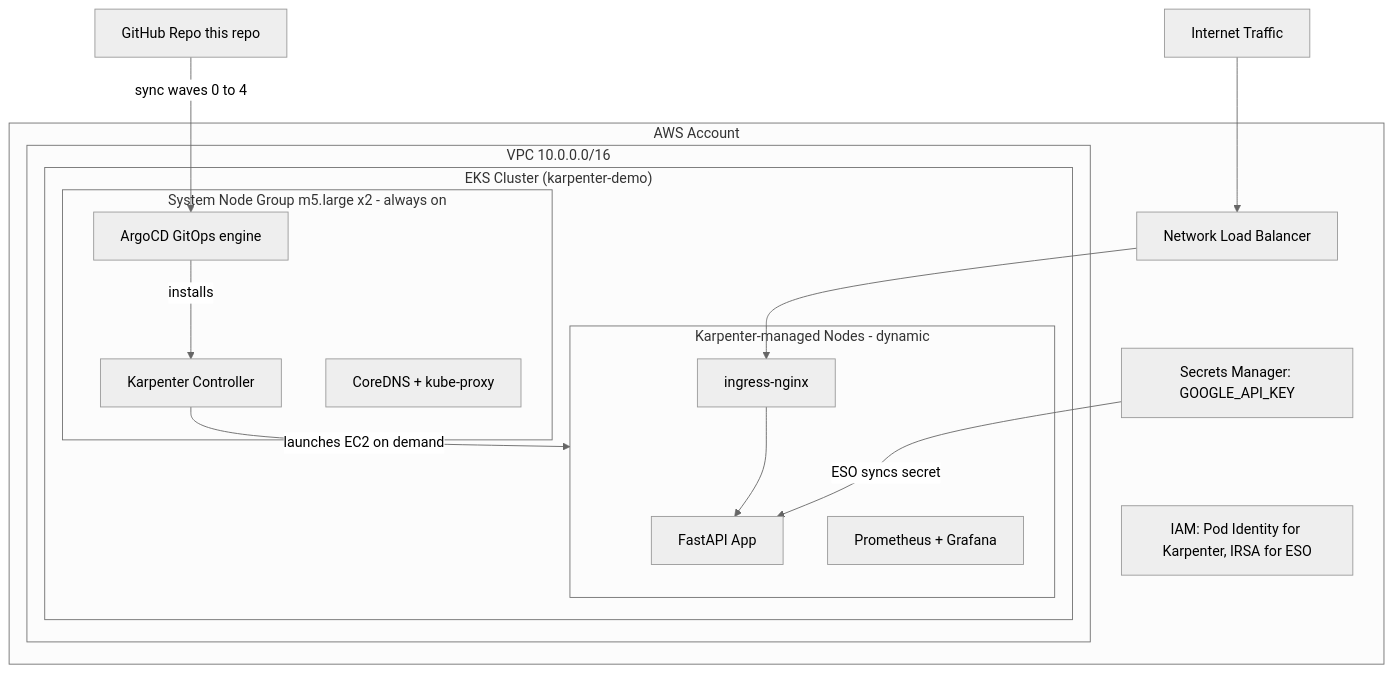
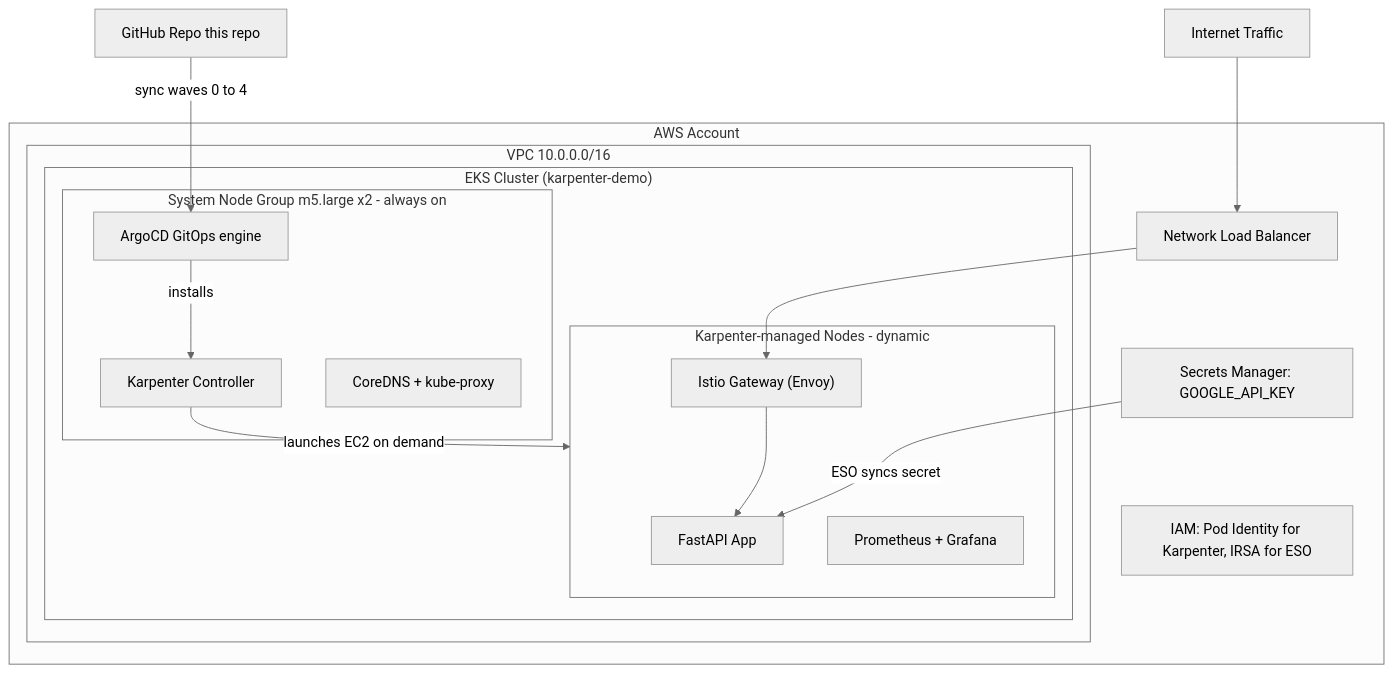
Before and after one commit to selvakumarperumal/karpenter_simple_example: the first of 2 diagrams in README.md, drawn with Mermaid (neutral theme). The commit also changed other lines of this file and 37 other files, not shown here.

````diff
--- a/README.md
+++ b/README.md
@@ -9,29 +9,29 @@
 ```mermaid
 graph TD
     subgraph AWS["AWS Account"]
         subgraph VPC["VPC 10.0.0.0/16"]
             subgraph EKS["EKS Cluster (karpenter-demo)"]
                 subgraph SYS["System Node Group m5.large x2 - always on"]
                     ARGOCD["ArgoCD GitOps engine"]
                     KARP["Karpenter Controller"]
                     COREDNS["CoreDNS + kube-proxy"]
                 end
                 subgraph APP["Karpenter-managed Nodes - dynamic"]
                     FASTAPI["FastAPI App"]
-                    NGINX["ingress-nginx"]
+                    GATEWAY["Istio Gateway (Envoy)"]
                     PROM["Prometheus + Grafana"]
                 end
             end
         end
         IAM["IAM: Pod Identity for Karpenter, IRSA for ESO"]
         SM["Secrets Manager: GOOGLE_API_KEY"]
         NLB["Network Load Balancer"]
     end
     GIT["GitHub Repo this repo"]
     USER["Internet Traffic"]
     GIT -->|sync waves 0 to 4| ARGOCD
     ARGOCD -->|installs| KARP
     KARP -->|launches EC2 on demand| APP
-    USER --> NLB --> NGINX --> FASTAPI
+    USER --> NLB --> GATEWAY --> FASTAPI
     SM -->|ESO syncs secret| FASTAPI
 ```
````
